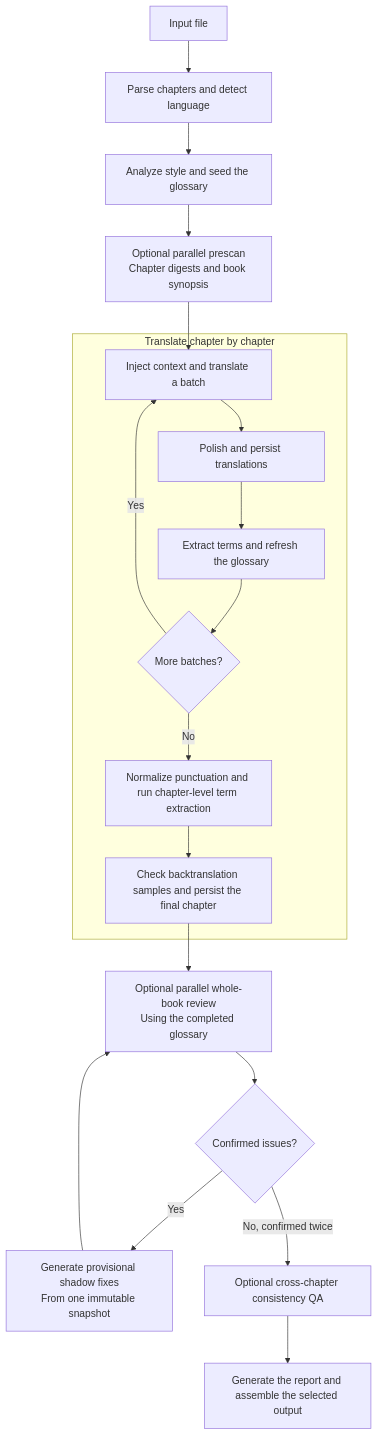
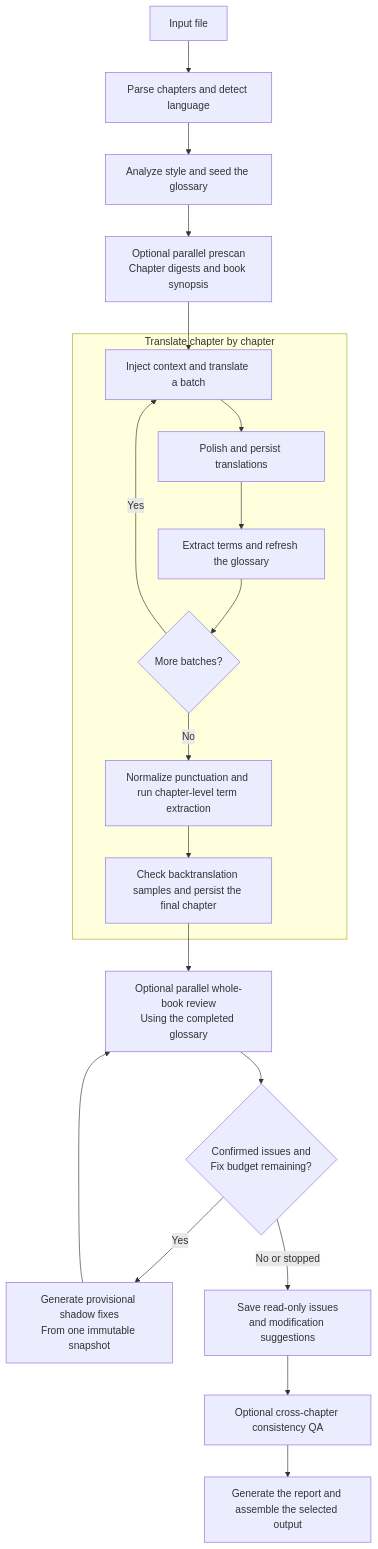
Before and after one commit to BigDawnGhost/wenyi: the diagram in README.md, drawn with Mermaid. The commit also changed other lines of this file and 20 other files, not shown here.

Commit message:
refactor: formalize read-only review sessions

````diff
--- a/README.md
+++ b/README.md
@@ -162,24 +163,25 @@
 ```mermaid
 flowchart TD
     A[Input file] --> B[Parse chapters and detect language]
     B --> C[Analyze style and seed the glossary]
     C --> D[Optional parallel prescan<br/>Chapter digests and book synopsis]
     D --> E
 
     subgraph T[Translate chapter by chapter]
         E[Inject context and translate a batch]
         E --> F[Polish and persist translations]
         F --> G[Extract terms and refresh the glossary]
         G --> H{More batches?}
         H -- Yes --> E
         H -- No --> I[Normalize punctuation and run chapter-level term extraction]
         I --> J[Check backtranslation samples and persist the final chapter]
     end
 
     J --> K[Optional parallel whole-book review<br/>Using the completed glossary]
-    K --> N{Confirmed issues?}
+    K --> N{Confirmed issues and<br/>Fix budget remaining?}
     N -- Yes --> O[Generate provisional shadow fixes<br/>From one immutable snapshot]
     O --> K
-    N -- No, confirmed twice --> L[Optional cross-chapter consistency QA]
+    N -- No or stopped --> P[Save read-only issues<br/>and modification suggestions]
+    P --> L[Optional cross-chapter consistency QA]
     L --> M[Generate the report and assemble the selected output]
 ```
````
